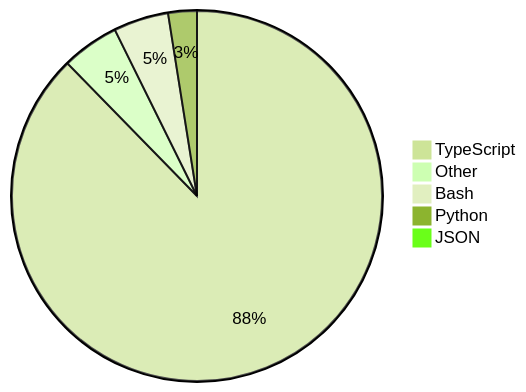
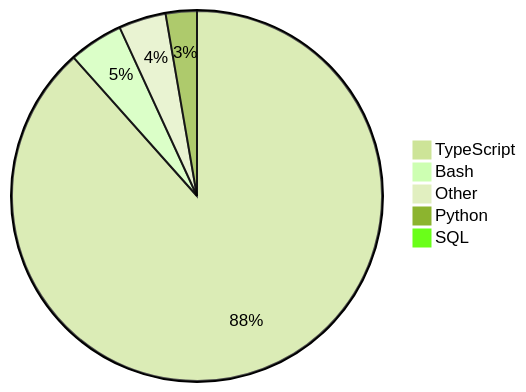
The diagram in README.md (skvggor/skvggor), drawn with Mermaid (forest theme) before and after one commit.

Commit message:
Updated waka-readme graph with new metrics

````diff
--- a/README.md
+++ b/README.md
@@ -28,8 +28,8 @@
 ```mermaid
 pie
-    "TypeScript" : 87.6
-    "Other" : 5.0
-    "Bash" : 4.8
-    "Python" : 2.5
-    "JSON" : 0.0
+    "TypeScript" : 87.8
+    "Bash" : 4.7
+    "Other" : 4.1
+    "Python" : 2.7
+    "SQL" : 0.5
 ```
````
